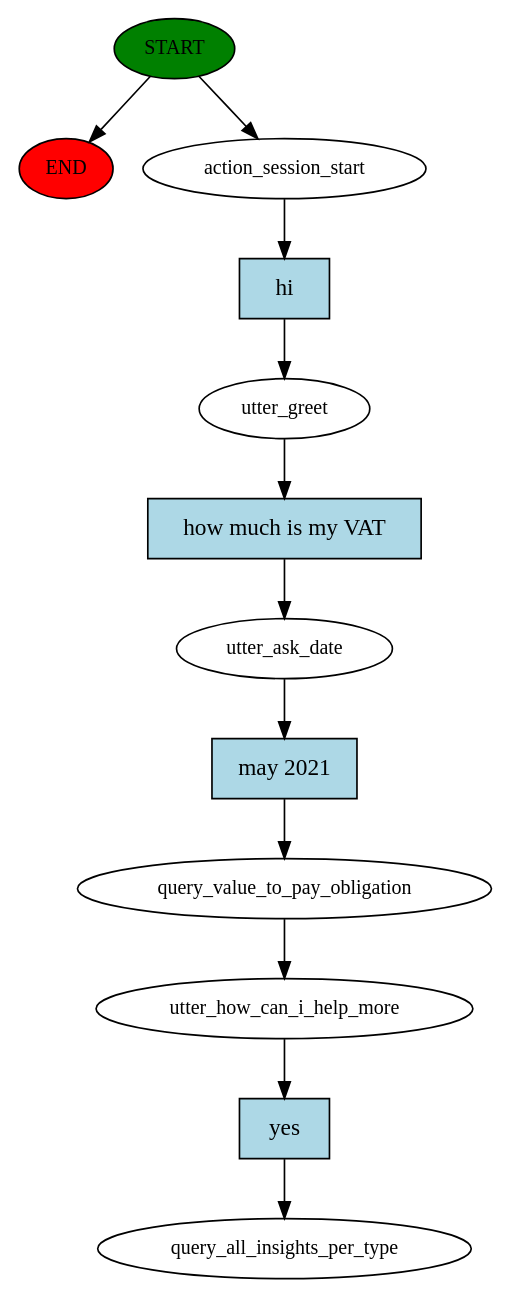
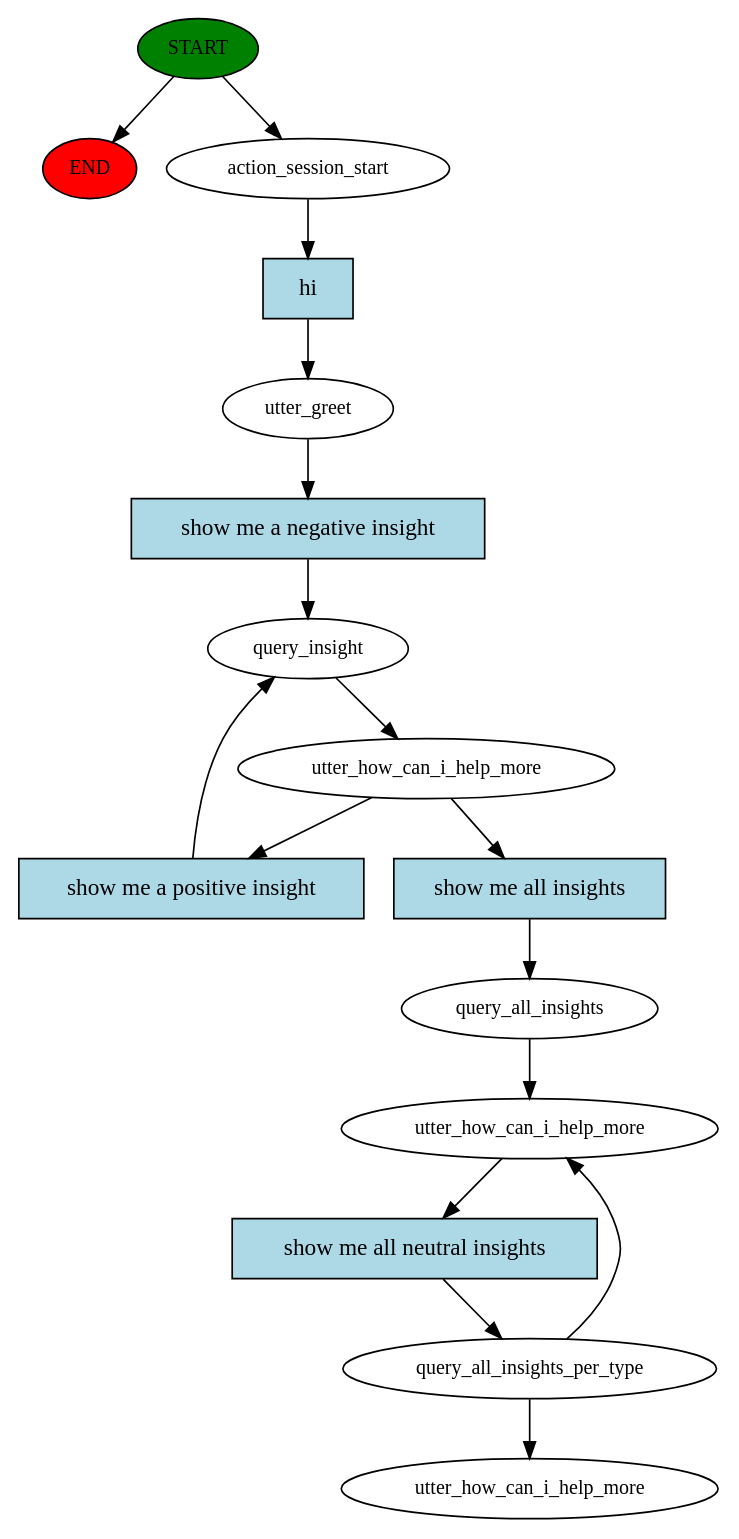
The diagram in story_graph.dot (isabelSoares/PrimaveraChatBot), drawn with Graphviz before and after one commit. The commit also changed 5 other files, not shown here.

```diff
--- a/story_graph.dot
+++ b/story_graph.dot
@@ -1,25 +1,33 @@
 digraph  {
 0 [class="start active", fillcolor=green, fontsize=12, label=START, style=filled];
 "-1" [class=end, fillcolor=red, fontsize=12, label=END, style=filled];
 1 [class=active, fontsize=12, label=action_session_start];
 2 [class=active, fontsize=12, label=utter_greet];
-3 [class=active, fontsize=12, label=utter_ask_date];
-4 [class=active, fontsize=12, label=query_value_to_pay_obligation];
-5 [class=active, fontsize=12, label=utter_how_can_i_help_more];
-6 [class="dashed active", fontsize=12, label=query_all_insights_per_type];
-7 [class="intent active", fillcolor=lightblue, label=hi, shape=rect, style=filled];
-8 [class="intent active", fillcolor=lightblue, label="how much is my VAT", shape=rect, style=filled];
-9 [class="intent active", fillcolor=lightblue, label="may 2021", shape=rect, style=filled];
-10 [class="intent active", fillcolor=lightblue, label=yes, shape=rect, style=filled];
+3 [class=active, fontsize=12, label=query_insight];
+4 [class=active, fontsize=12, label=utter_how_can_i_help_more];
+9 [class=active, fontsize=12, label=query_all_insights];
+10 [class=active, fontsize=12, label=utter_how_can_i_help_more];
+11 [class=active, fontsize=12, label=query_all_insights_per_type];
+16 [class="dashed active", fontsize=12, label=utter_how_can_i_help_more];
+17 [class="intent active", fillcolor=lightblue, label=hi, shape=rect, style=filled];
+18 [class="intent active", fillcolor=lightblue, label="show me a negative insight", shape=rect, style=filled];
+19 [class="intent active", fillcolor=lightblue, label="show me a positive insight", shape=rect, style=filled];
+20 [class="intent active", fillcolor=lightblue, label="show me all insights", shape=rect, style=filled];
+21 [class="intent active", fillcolor=lightblue, label="show me all neutral insights", shape=rect, style=filled];
 0 -> "-1"  [class="", key=NONE, label=""];
 0 -> 1  [class=active, key=NONE, label=""];
-1 -> 7  [class=active, key=0];
-2 -> 8  [class=active, key=0];
-3 -> 9  [class=active, key=0];
-4 -> 5  [class=active, key=NONE, label=""];
-5 -> 10  [class=active, key=0];
-7 -> 2  [class=active, key=0];
-8 -> 3  [class=active, key=0];
-9 -> 4  [class=active, key=0];
-10 -> 6  [class=active, key=0];
+1 -> 17  [class=active, key=0];
+2 -> 18  [class=active, key=0];
+3 -> 4  [class=active, key=NONE, label=""];
+4 -> 19  [class=active, key=0];
+4 -> 20  [class=active, key=0];
+9 -> 10  [class=active, key=NONE, label=""];
+10 -> 21  [class=active, key=0];
+11 -> 10  [class=active, key=NONE, label=""];
+11 -> 16  [class=active, key=NONE, label=""];
+17 -> 2  [class=active, key=0];
+18 -> 3  [class=active, key=0];
+19 -> 3  [class=active, key=0];
+20 -> 9  [class=active, key=0];
+21 -> 11  [class=active, key=0];
 }
```
